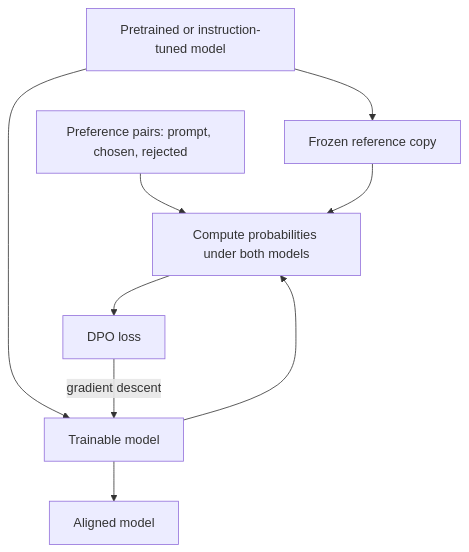
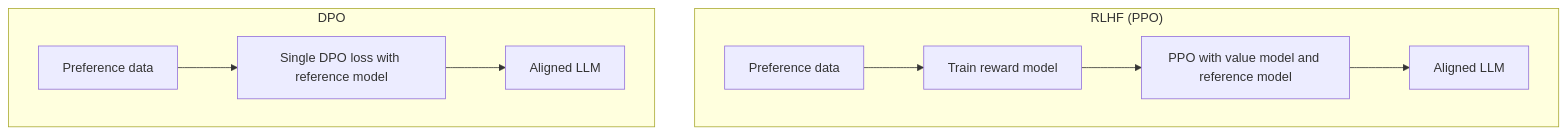
One commit to kaisarnajar/outcome-school-blogs changed the first of 2 diagrams in notes/step-07-training-fine-tuning-and-alignment/094-direct-preference-optimization-dpo.md. Above: the diagram before and after it, drawn with Mermaid. The commit also changed other lines of this file and 233 other files, not shown here.

````diff
--- a/notes/step-07-training-fine-tuning-and-alignment/094-direct-preference-optimization-dpo.md
+++ b/notes/step-07-training-fine-tuning-and-alignment/094-direct-preference-optimization-dpo.md
@@ -48,11 +62,12 @@
 ```mermaid
 flowchart TD
-    A["Pretrained or instruction-tuned model"] --> B["Frozen reference copy"]
-    A --> C["Trainable model"]
-    D["Preference pairs: prompt, chosen, rejected"] --> E["Compute probabilities under both models"]
-    B --> E
-    C --> E
-    E --> F["DPO loss"]
-    F -->|"gradient descent"| C
-    C --> G["Aligned model"]
+    subgraph RL["RLHF (PPO)"]
+        r1["Preference data"] --> r2["Train reward model"]
+        r2 --> r3["PPO with value model and reference model"]
+        r3 --> r4["Aligned LLM"]
+    end
+    subgraph DP["DPO"]
+        d1["Preference data"] --> d2["Single DPO loss with reference model"]
+        d2 --> d3["Aligned LLM"]
+    end
 ```
````
